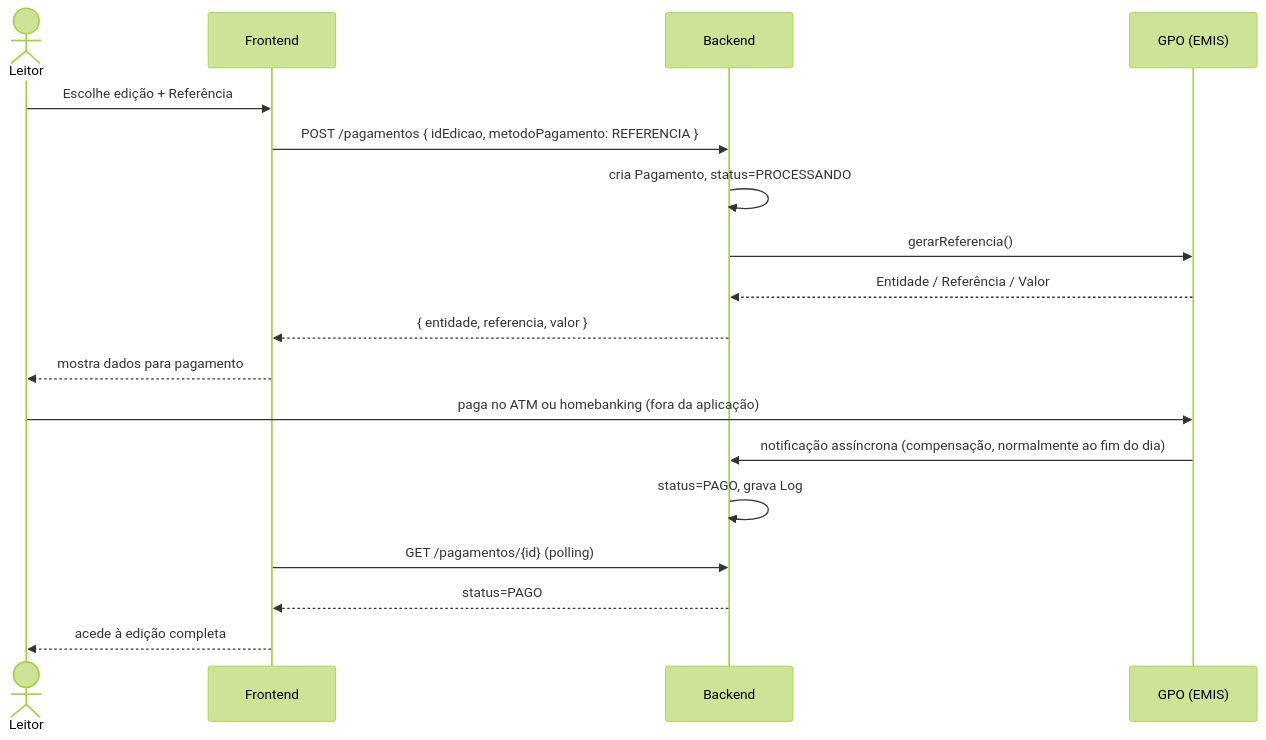
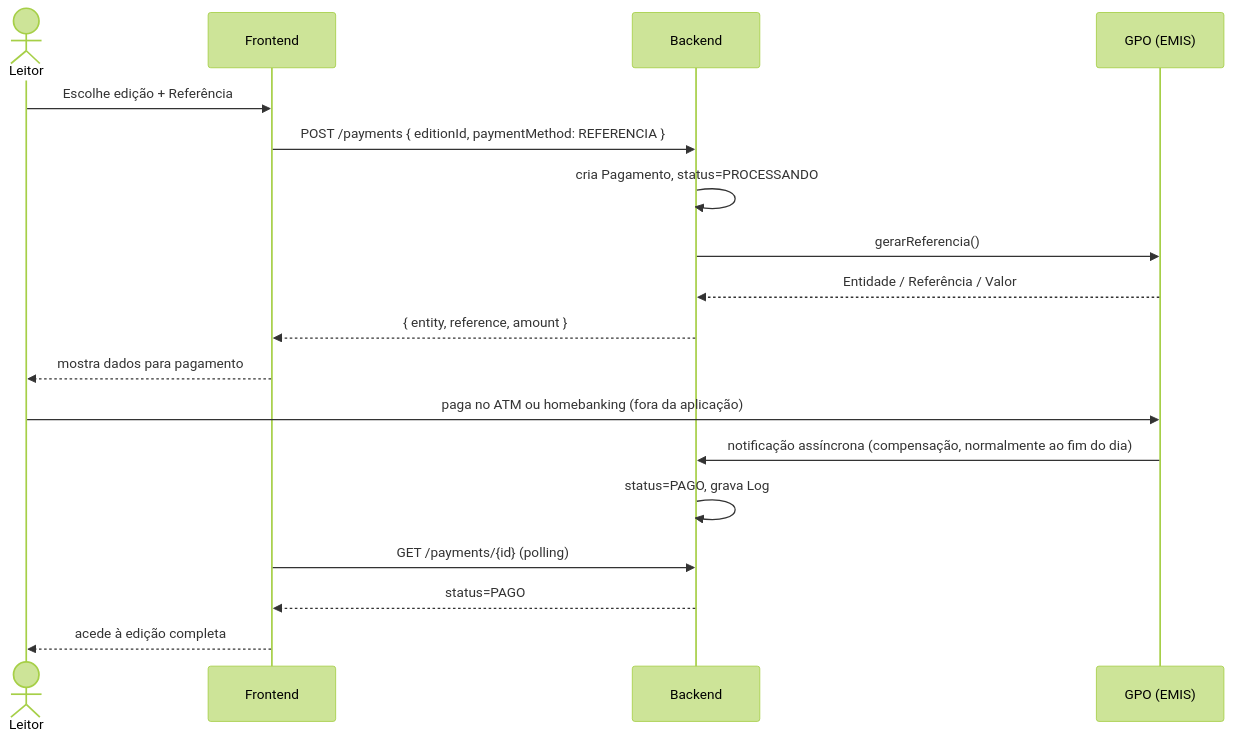
Before and after one commit to fititel-editorial/digital.zine: the second of 4 diagrams in concept/06-diagrams/ds-payment.md, drawn with Mermaid (forest theme). The commit also changed other lines of this file and 18 other files, not shown here.

````diff
--- a/concept/06-diagrams/ds-payment.md
+++ b/concept/06-diagrams/ds-payment.md
@@ -33,23 +33,23 @@
 ```mermaid
 sequenceDiagram
     actor Leitor
     participant Frontend
     participant Backend
     participant GPO as GPO (EMIS)
 
     Leitor->>Frontend: Escolhe edição + Referência
-    Frontend->>Backend: POST /pagamentos { idEdicao, metodoPagamento: REFERENCIA }
+    Frontend->>Backend: POST /payments { editionId, paymentMethod: REFERENCIA }
     Backend->>Backend: cria Pagamento, status=PROCESSANDO
     Backend->>GPO: gerarReferencia()
     GPO-->>Backend: Entidade / Referência / Valor
-    Backend-->>Frontend: { entidade, referencia, valor }
+    Backend-->>Frontend: { entity, reference, amount }
     Frontend-->>Leitor: mostra dados para pagamento
 
     Leitor->>GPO: paga no ATM ou homebanking (fora da aplicação)
     GPO->>Backend: notificação assíncrona (compensação, normalmente ao fim do dia)
     Backend->>Backend: status=PAGO, grava Log
 
-    Frontend->>Backend: GET /pagamentos/{id} (polling)
+    Frontend->>Backend: GET /payments/{id} (polling)
     Backend-->>Frontend: status=PAGO
     Frontend-->>Leitor: acede à edição completa
 ```
````
